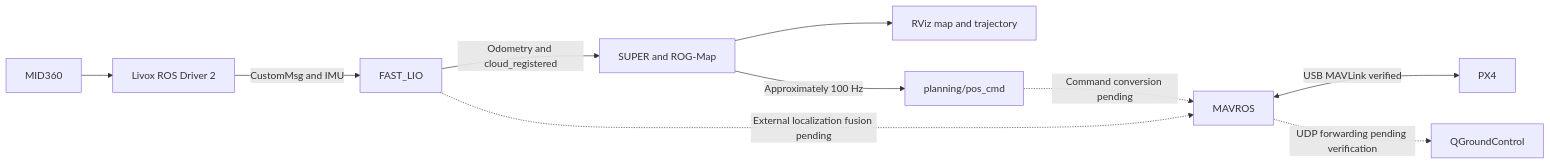
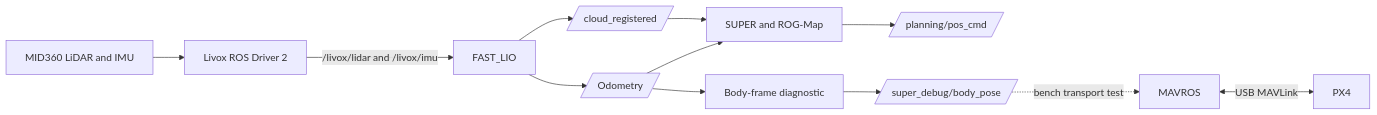
One commit to Haofei-Hu/Demo_HKU_open-day_SUPER changed the diagram in README.md. Above: the diagram before and after it, drawn with Mermaid. The commit also changed other lines of this file, not shown here.

````diff
--- a/README.md
+++ b/README.md
@@ -134,12 +156,26 @@
 ```mermaid
 flowchart LR
-    L[MID360] --> D[Livox ROS Driver 2]
-    D -->|CustomMsg and IMU| F[FAST_LIO]
-    F -->|Odometry and cloud_registered| S[SUPER and ROG-Map]
-    S --> R[RViz map and trajectory]
-    S -->|Approximately 100 Hz| C[planning/pos_cmd]
-    C -. Command conversion pending .-> M[MAVROS]
-    F -. External localization fusion pending .-> M
-    M <-->|USB MAVLink verified| P[PX4]
-    M -. UDP forwarding pending verification .-> Q[QGroundControl]
+    MID360[MID360 LiDAR and IMU]
+    DRIVER[Livox ROS Driver 2]
+    FASTLIO[FAST_LIO]
+    ODOM[/Odometry/]
+    CLOUD[/cloud_registered/]
+    SUPER[SUPER and ROG-Map]
+    COMMAND[/planning/pos_cmd/]
+    BODY[Body-frame diagnostic]
+    DEBUG[/super_debug/body_pose/]
+    MAVROS[MAVROS]
+    PX4[PX4]
+
+    MID360 --> DRIVER
+    DRIVER -->|/livox/lidar and /livox/imu| FASTLIO
+    FASTLIO --> ODOM
+    FASTLIO --> CLOUD
+    ODOM --> SUPER
+    CLOUD --> SUPER
+    SUPER --> COMMAND
+    ODOM --> BODY
+    BODY --> DEBUG
+    DEBUG -. bench transport test .-> MAVROS
+    MAVROS <-->|USB MAVLink| PX4
 ```
````
